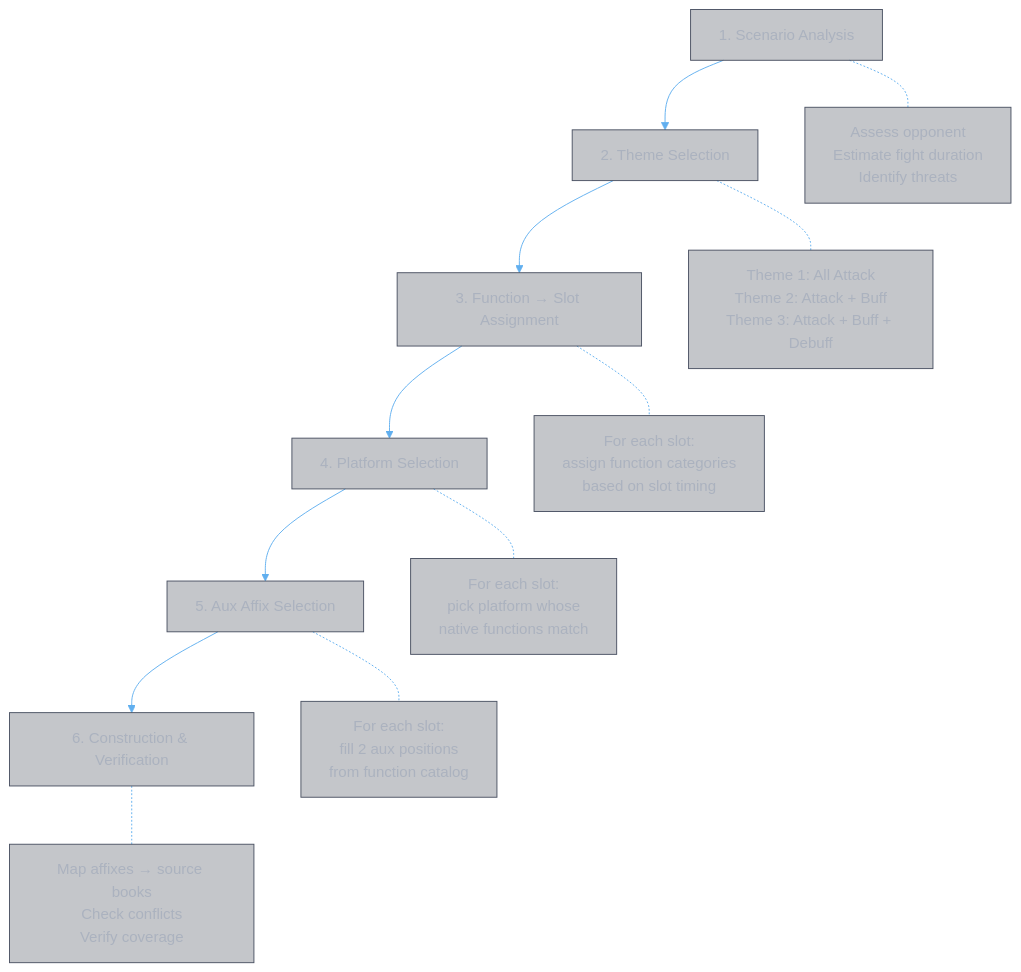
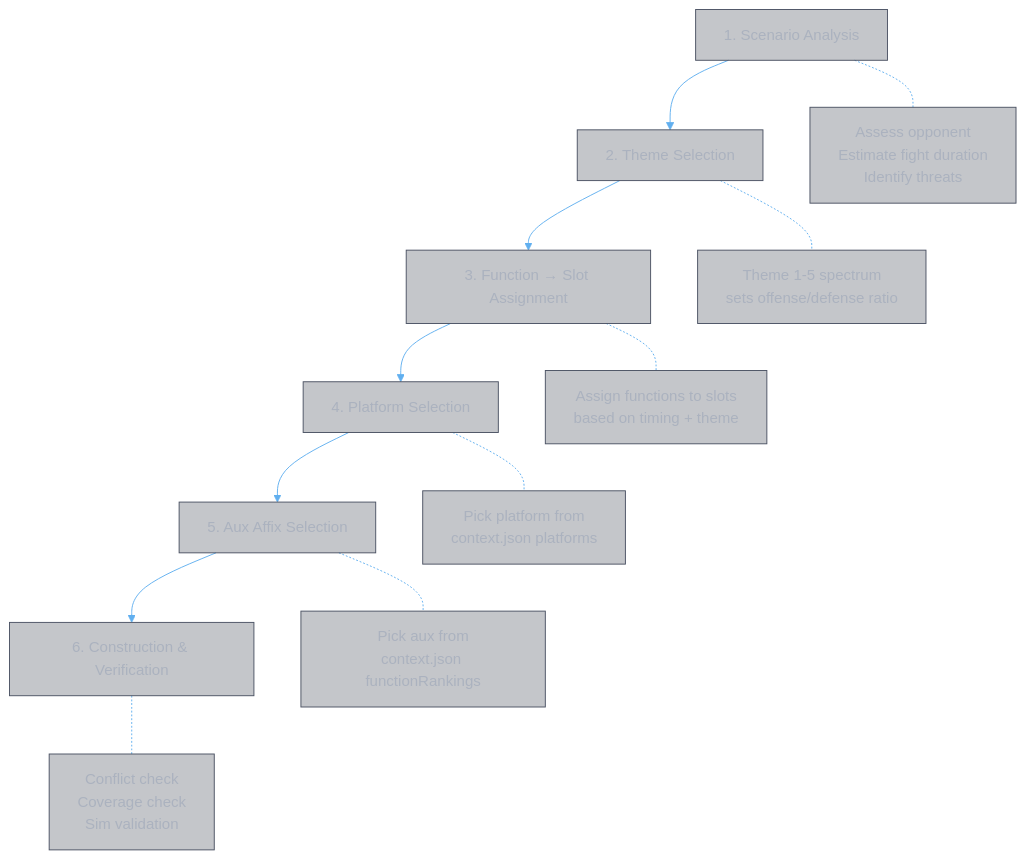
The second of 4 diagrams in docs/books/guide.build.md (zhifengzhang-sz/divine-book), drawn with Mermaid before and after one commit. The commit also changed other lines of this file and 8 other files, not shown here.

````diff
--- a/docs/books/guide.build.md
+++ b/docs/books/guide.build.md
@@ -107,16 +168,16 @@
 ```mermaid
 %%{init: {'theme': 'base', 'themeVariables': {'primaryColor': '#3e44514D', 'primaryTextColor': '#abb2bf', 'primaryBorderColor': '#4b5263', 'lineColor': '#61afef', 'secondaryColor': '#2c313a4D', 'secondaryTextColor': '#abb2bf', 'secondaryBorderColor': '#4b5263', 'tertiaryColor': '#282c344D', 'mainBkg': '#3e44514D', 'nodeBorder': '#4b5263', 'clusterBkg': '#2c313a4D', 'clusterBorder': '#4b5263', 'titleColor': '#e5c07b', 'edgeLabelBackground': '#282c34', 'textColor': '#abb2bf', 'background': '#282c34'}}}%%
 graph TD
     A["1. Scenario Analysis"] --> B["2. Theme Selection"]
     B --> C["3. Function → Slot Assignment"]
     C --> D["4. Platform Selection"]
     D --> E["5. Aux Affix Selection"]
     E --> F["6. Construction & Verification"]
 
     A -.- A1["Assess opponent<br/>Estimate fight duration<br/>Identify threats"]
-    B -.- B1["Theme 1: All Attack<br/>Theme 2: Attack + Buff<br/>Theme 3: Attack + Buff + Debuff"]
-    C -.- C1["For each slot:<br/>assign function categories<br/>based on slot timing"]
-    D -.- D1["For each slot:<br/>pick platform whose<br/>native functions match"]
-    E -.- E1["For each slot:<br/>fill 2 aux positions<br/>from function catalog"]
-    F -.- F1["Map affixes → source books<br/>Check conflicts<br/>Verify coverage"]
+    B -.- B1["Theme 1-5 spectrum<br/>sets offense/defense ratio"]
+    C -.- C1["Assign functions to slots<br/>based on timing + theme"]
+    D -.- D1["Pick platform from<br/>context.json platforms"]
+    E -.- E1["Pick aux from<br/>context.json functionRankings"]
+    F -.- F1["Conflict check<br/>Coverage check<br/>Sim validation"]
 ```
````
